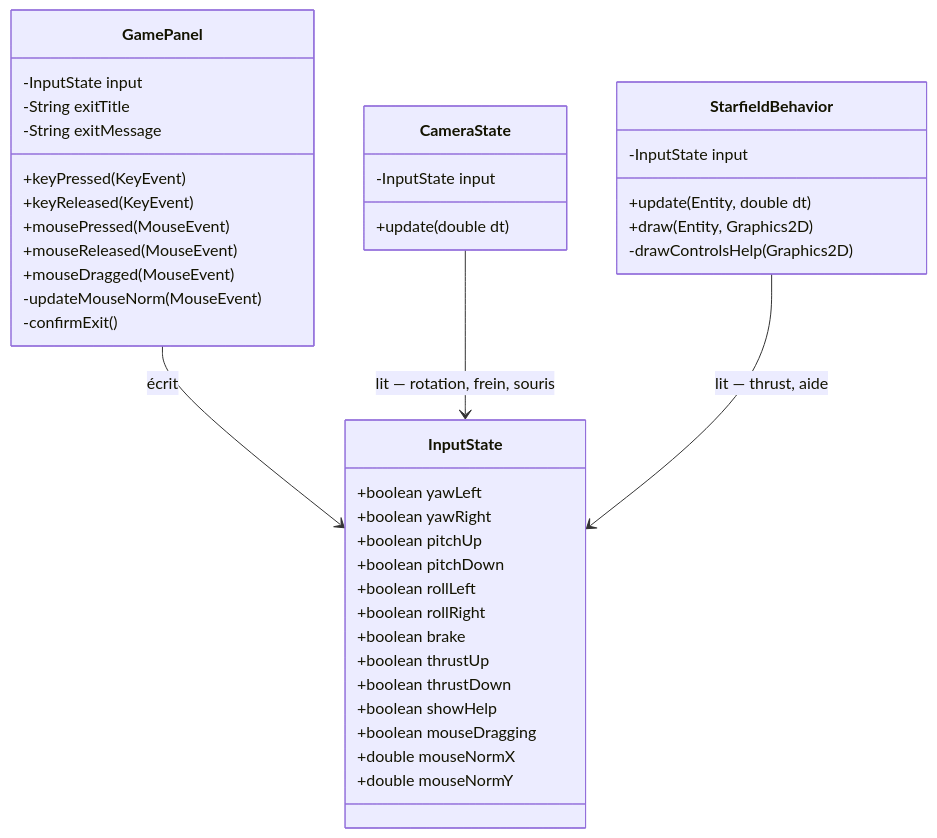
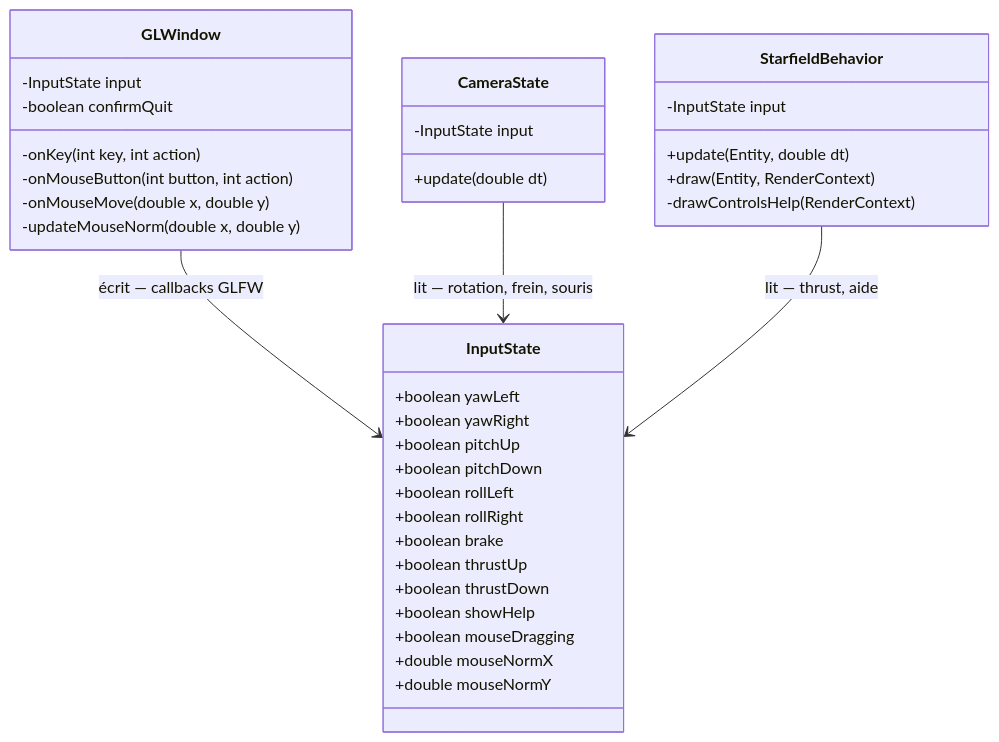
The first of 2 diagrams in src/docs/08-input-controls.md (mcgivrer/demo001-arm64), drawn with Mermaid before and after one commit. The commit also changed other lines of this file and 38 other files, not shown here.

````diff
--- a/src/docs/08-input-controls.md
+++ b/src/docs/08-input-controls.md
@@ -15,47 +15,43 @@
 ```mermaid
 classDiagram
     class InputState {
         +boolean yawLeft
         +boolean yawRight
         +boolean pitchUp
         +boolean pitchDown
         +boolean rollLeft
         +boolean rollRight
         +boolean brake
         +boolean thrustUp
         +boolean thrustDown
         +boolean showHelp
         +boolean mouseDragging
         +double mouseNormX
         +double mouseNormY
     }
 
-    class GamePanel {
+    class GLWindow {
         -InputState input
-        -String exitTitle
-        -String exitMessage
-        +keyPressed(KeyEvent)
-        +keyReleased(KeyEvent)
-        +mousePressed(MouseEvent)
-        +mouseReleased(MouseEvent)
-        +mouseDragged(MouseEvent)
-        -updateMouseNorm(MouseEvent)
-        -confirmExit()
+        -boolean confirmQuit
+        -onKey(int key, int action)
+        -onMouseButton(int button, int action)
+        -onMouseMove(double x, double y)
+        -updateMouseNorm(double x, double y)
     }
 
     class CameraState {
         -InputState input
         +update(double dt)
     }
 
     class StarfieldBehavior {
         -InputState input
         +update(Entity, double dt)
-        +draw(Entity, Graphics2D)
-        -drawControlsHelp(Graphics2D)
+        +draw(Entity, RenderContext)
+        -drawControlsHelp(RenderContext)
     }
 
-    GamePanel --> InputState : écrit
+    GLWindow --> InputState : écrit — callbacks GLFW
     CameraState --> InputState : lit — rotation, frein, souris
     StarfieldBehavior --> InputState : lit — thrust, aide
 ```
````
